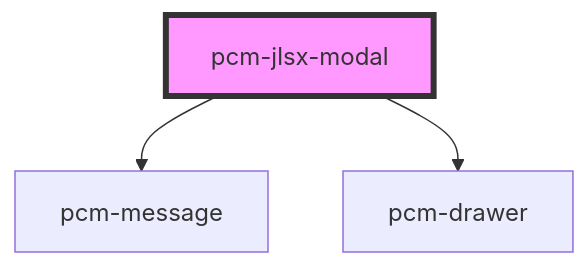
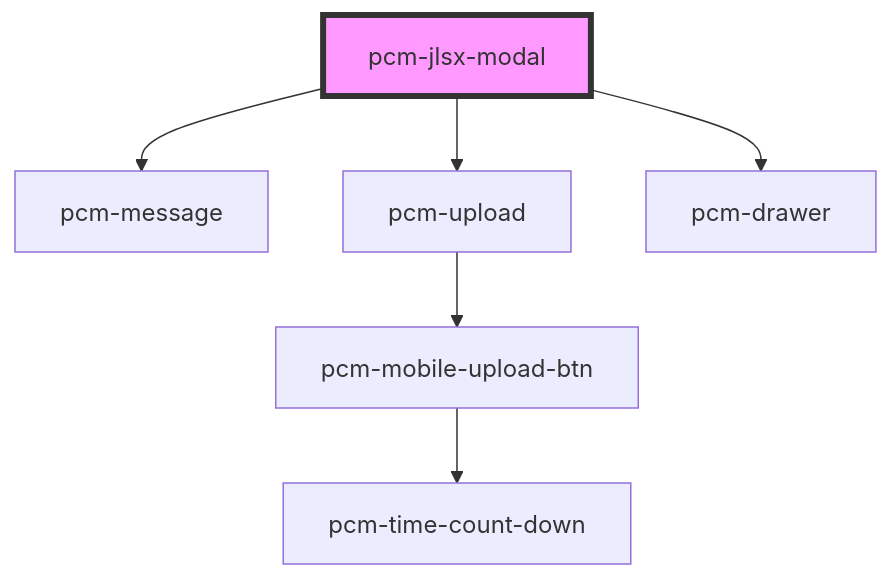
Before and after one commit to Pincaimao/pcm-agents-sdk: the diagram in packages/pcm-agents/docs/components/pcm-jlsx-modal/readme.md, drawn with Mermaid. The commit also changed other lines of this file and 8 other files, not shown here.

````diff
--- a/packages/pcm-agents/docs/components/pcm-jlsx-modal/readme.md
+++ b/packages/pcm-agents/docs/components/pcm-jlsx-modal/readme.md
@@ -44,6 +45,9 @@
 ```mermaid
 graph TD;
   pcm-jlsx-modal --> pcm-message
+  pcm-jlsx-modal --> pcm-upload
   pcm-jlsx-modal --> pcm-drawer
+  pcm-upload --> pcm-mobile-upload-btn
+  pcm-mobile-upload-btn --> pcm-time-count-down
   style pcm-jlsx-modal fill:#f9f,stroke:#333,stroke-width:4px
 ```
````
